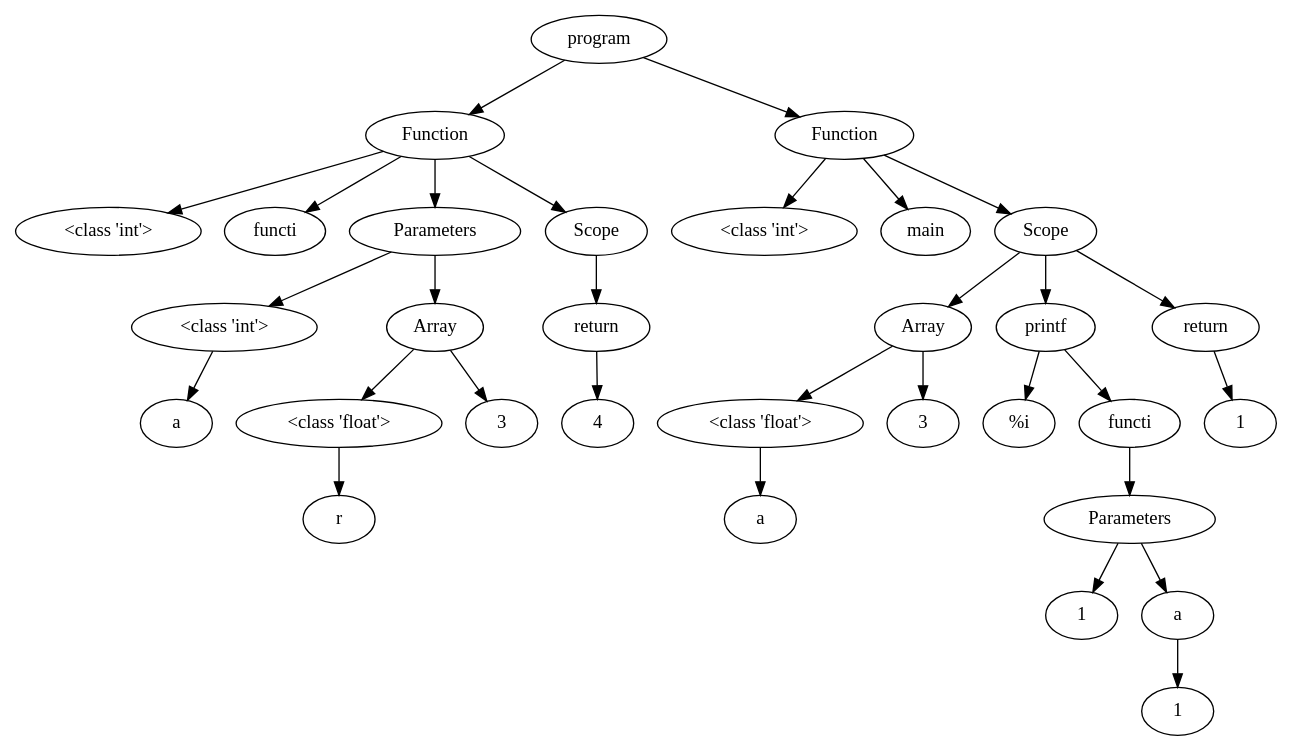
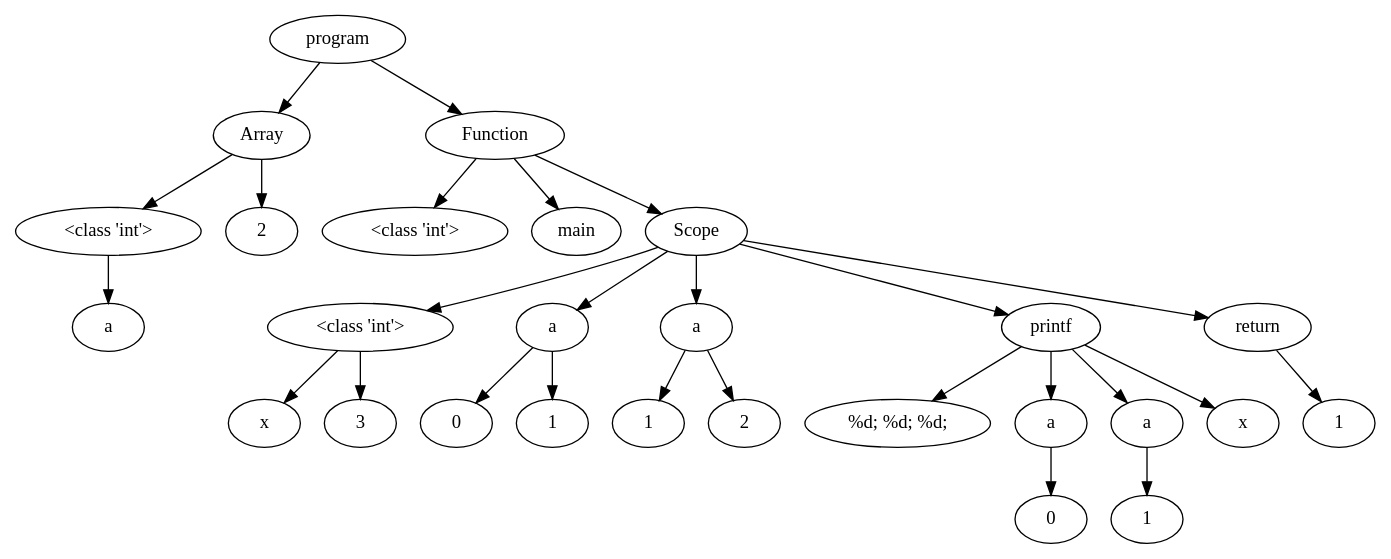
One commit to NielsVandenBroeck/COMP_Compiler changed the diagram in OutputFiles/dotVisualization.dot. Above: the diagram before and after it, drawn with Graphviz. The commit also changed 11 other files, not shown here.

```diff
--- a/OutputFiles/dotVisualization.dot
+++ b/OutputFiles/dotVisualization.dot
@@ -1,79 +1,66 @@
 digraph G { 
-"<AST.AST object at 0x00000201C4A965B0> (0)"[label="program"]
-"<AST.ASTFunction object at 0x00000201C4A96280> (1)"[label="Function"]
-"<AST.AST object at 0x00000201C4A965B0> (0)"->"<AST.ASTFunction object at 0x00000201C4A96280> (1)"
-"<AST.ASTFunction object at 0x00000201C4A96280> (1)"[label="Function"]
-"<AST.ASTDataType object at 0x00000201C4A96610> (2)"[label="<class 'int'>"]
-"<AST.ASTFunction object at 0x00000201C4A96280> (1)"->"<AST.ASTDataType object at 0x00000201C4A96610> (2)"
-"<AST.ASTFunctionName object at 0x00000201C4A964C0> (2)"[label="functi"]
-"<AST.ASTFunction object at 0x00000201C4A96280> (1)"->"<AST.ASTFunctionName object at 0x00000201C4A964C0> (2)"
-"<AST.ASTParameters object at 0x00000201C4A96400> (2)"[label="Parameters"]
-"<AST.ASTFunction object at 0x00000201C4A96280> (1)"->"<AST.ASTParameters object at 0x00000201C4A96400> (2)"
-"<AST.ASTParameters object at 0x00000201C4A96400> (2)"[label="Parameters"]
-"<AST.ASTDataType object at 0x00000201C4A96790> (3)"[label="<class 'int'>"]
-"<AST.ASTParameters object at 0x00000201C4A96400> (2)"->"<AST.ASTDataType object at 0x00000201C4A96790> (3)"
-"<AST.ASTDataType object at 0x00000201C4A96790> (3)"[label="<class 'int'>"]
-"<AST.ASTVariable object at 0x00000201C4A963D0> (4)"[label="a"]
-"<AST.ASTDataType object at 0x00000201C4A96790> (3)"->"<AST.ASTVariable object at 0x00000201C4A963D0> (4)"
-"<AST.ASTArray object at 0x00000201C4A96250> (3)"[label="Array"]
-"<AST.ASTParameters object at 0x00000201C4A96400> (2)"->"<AST.ASTArray object at 0x00000201C4A96250> (3)"
-"<AST.ASTArray object at 0x00000201C4A96250> (3)"[label="Array"]
-"<AST.ASTDataType object at 0x00000201C4A96070> (4)"[label="<class 'float'>"]
-"<AST.ASTArray object at 0x00000201C4A96250> (3)"->"<AST.ASTDataType object at 0x00000201C4A96070> (4)"
-"<AST.ASTDataType object at 0x00000201C4A96070> (4)"[label="<class 'float'>"]
-"<AST.ASTVariable object at 0x00000201C4A96340> (5)"[label="r"]
-"<AST.ASTDataType object at 0x00000201C4A96070> (4)"->"<AST.ASTVariable object at 0x00000201C4A96340> (5)"
-"<AST.ASTArrayLength object at 0x00000201C4A967F0> (4)"[label="3"]
-"<AST.ASTArray object at 0x00000201C4A96250> (3)"->"<AST.ASTArrayLength object at 0x00000201C4A967F0> (4)"
-"<AST.ASTScope object at 0x00000201C4A96430> (2)"[label="Scope"]
-"<AST.ASTFunction object at 0x00000201C4A96280> (1)"->"<AST.ASTScope object at 0x00000201C4A96430> (2)"
-"<AST.ASTScope object at 0x00000201C4A96430> (2)"[label="Scope"]
-"<AST.ASTReturn object at 0x00000201C4A968B0> (3)"[label="return"]
-"<AST.ASTScope object at 0x00000201C4A96430> (2)"->"<AST.ASTReturn object at 0x00000201C4A968B0> (3)"
-"<AST.ASTReturn object at 0x00000201C4A968B0> (3)"[label="return"]
-"<AST.ASTInt object at 0x00000201C4A96910> (4)"[label="4"]
-"<AST.ASTReturn object at 0x00000201C4A968B0> (3)"->"<AST.ASTInt object at 0x00000201C4A96910> (4)"
-"<AST.ASTFunction object at 0x00000201C4A96850> (1)"[label="Function"]
-"<AST.AST object at 0x00000201C4A965B0> (0)"->"<AST.ASTFunction object at 0x00000201C4A96850> (1)"
-"<AST.ASTFunction object at 0x00000201C4A96850> (1)"[label="Function"]
-"<AST.ASTDataType object at 0x00000201C4A969A0> (2)"[label="<class 'int'>"]
-"<AST.ASTFunction object at 0x00000201C4A96850> (1)"->"<AST.ASTDataType object at 0x00000201C4A969A0> (2)"
-"<AST.ASTFunctionName object at 0x00000201C4A96A30> (2)"[label="main"]
-"<AST.ASTFunction object at 0x00000201C4A96850> (1)"->"<AST.ASTFunctionName object at 0x00000201C4A96A30> (2)"
-"<AST.ASTScope object at 0x00000201C4A96AC0> (2)"[label="Scope"]
-"<AST.ASTFunction object at 0x00000201C4A96850> (1)"->"<AST.ASTScope object at 0x00000201C4A96AC0> (2)"
-"<AST.ASTScope object at 0x00000201C4A96AC0> (2)"[label="Scope"]
-"<AST.ASTArray object at 0x00000201C4A96BE0> (3)"[label="Array"]
-"<AST.ASTScope object at 0x00000201C4A96AC0> (2)"->"<AST.ASTArray object at 0x00000201C4A96BE0> (3)"
-"<AST.ASTArray object at 0x00000201C4A96BE0> (3)"[label="Array"]
-"<AST.ASTDataType object at 0x00000201C4A96C10> (4)"[label="<class 'float'>"]
-"<AST.ASTArray object at 0x00000201C4A96BE0> (3)"->"<AST.ASTDataType object at 0x00000201C4A96C10> (4)"
-"<AST.ASTDataType object at 0x00000201C4A96C10> (4)"[label="<class 'float'>"]
-"<AST.ASTVariable object at 0x00000201C4A96B20> (5)"[label="a"]
-"<AST.ASTDataType object at 0x00000201C4A96C10> (4)"->"<AST.ASTVariable object at 0x00000201C4A96B20> (5)"
-"<AST.ASTArrayLength object at 0x00000201C4A96CA0> (4)"[label="3"]
-"<AST.ASTArray object at 0x00000201C4A96BE0> (3)"->"<AST.ASTArrayLength object at 0x00000201C4A96CA0> (4)"
-"<AST.ASTPrintf object at 0x00000201C4A96CD0> (3)"[label="printf"]
-"<AST.ASTScope object at 0x00000201C4A96AC0> (2)"->"<AST.ASTPrintf object at 0x00000201C4A96CD0> (3)"
-"<AST.ASTPrintf object at 0x00000201C4A96CD0> (3)"[label="printf"]
-"<AST.ASTText object at 0x00000201C4A96D30> (4)"[label="%i"]
-"<AST.ASTPrintf object at 0x00000201C4A96CD0> (3)"->"<AST.ASTText object at 0x00000201C4A96D30> (4)"
-"<AST.ASTFunctionName object at 0x00000201C4A96DC0> (4)"[label="functi"]
-"<AST.ASTPrintf object at 0x00000201C4A96CD0> (3)"->"<AST.ASTFunctionName object at 0x00000201C4A96DC0> (4)"
-"<AST.ASTFunctionName object at 0x00000201C4A96DC0> (4)"[label="functi"]
-"<AST.ASTParameters object at 0x00000201C4A96E50> (5)"[label="Parameters"]
-"<AST.ASTFunctionName object at 0x00000201C4A96DC0> (4)"->"<AST.ASTParameters object at 0x00000201C4A96E50> (5)"
-"<AST.ASTParameters object at 0x00000201C4A96E50> (5)"[label="Parameters"]
-"<AST.ASTInt object at 0x00000201C4A96B80> (6)"[label="1"]
-"<AST.ASTParameters object at 0x00000201C4A96E50> (5)"->"<AST.ASTInt object at 0x00000201C4A96B80> (6)"
-"<AST.ASTVariable object at 0x00000201C4A96460> (6)"[label="a"]
-"<AST.ASTParameters object at 0x00000201C4A96E50> (5)"->"<AST.ASTVariable object at 0x00000201C4A96460> (6)"
-"<AST.ASTVariable object at 0x00000201C4A96460> (6)"[label="a"]
-"<AST.ASTArrayIndex object at 0x00000201C4A960D0> (7)"[label="1"]
-"<AST.ASTVariable object at 0x00000201C4A96460> (6)"->"<AST.ASTArrayIndex object at 0x00000201C4A960D0> (7)"
-"<AST.ASTReturn object at 0x00000201C4A96D90> (3)"[label="return"]
-"<AST.ASTScope object at 0x00000201C4A96AC0> (2)"->"<AST.ASTReturn object at 0x00000201C4A96D90> (3)"
-"<AST.ASTReturn object at 0x00000201C4A96D90> (3)"[label="return"]
-"<AST.ASTInt object at 0x00000201C4A96F10> (4)"[label="1"]
-"<AST.ASTReturn object at 0x00000201C4A96D90> (3)"->"<AST.ASTInt object at 0x00000201C4A96F10> (4)"
+"<AST.AST object at 0x000002355EF6F9D0> (0)"[label="program"]
+"<AST.ASTArray object at 0x000002355EF6FB20> (1)"[label="Array"]
+"<AST.AST object at 0x000002355EF6F9D0> (0)"->"<AST.ASTArray object at 0x000002355EF6FB20> (1)"
+"<AST.ASTArray object at 0x000002355EF6FB20> (1)"[label="Array"]
+"<AST.ASTDataType object at 0x000002355EF6F1F0> (2)"[label="<class 'int'>"]
+"<AST.ASTArray object at 0x000002355EF6FB20> (1)"->"<AST.ASTDataType object at 0x000002355EF6F1F0> (2)"
+"<AST.ASTDataType object at 0x000002355EF6F1F0> (2)"[label="<class 'int'>"]
+"<AST.ASTVariable object at 0x000002355EF6FAC0> (3)"[label="a"]
+"<AST.ASTDataType object at 0x000002355EF6F1F0> (2)"->"<AST.ASTVariable object at 0x000002355EF6FAC0> (3)"
+"<AST.ASTArrayLength object at 0x000002355EF6F4F0> (2)"[label="2"]
+"<AST.ASTArray object at 0x000002355EF6FB20> (1)"->"<AST.ASTArrayLength object at 0x000002355EF6F4F0> (2)"
+"<AST.ASTFunction object at 0x000002355EF83A60> (1)"[label="Function"]
+"<AST.AST object at 0x000002355EF6F9D0> (0)"->"<AST.ASTFunction object at 0x000002355EF83A60> (1)"
+"<AST.ASTFunction object at 0x000002355EF83A60> (1)"[label="Function"]
+"<AST.ASTDataType object at 0x000002355EF83C70> (2)"[label="<class 'int'>"]
+"<AST.ASTFunction object at 0x000002355EF83A60> (1)"->"<AST.ASTDataType object at 0x000002355EF83C70> (2)"
+"<AST.ASTFunctionName object at 0x000002355EF83130> (2)"[label="main"]
+"<AST.ASTFunction object at 0x000002355EF83A60> (1)"->"<AST.ASTFunctionName object at 0x000002355EF83130> (2)"
+"<AST.ASTScope object at 0x000002355EF83490> (2)"[label="Scope"]
+"<AST.ASTFunction object at 0x000002355EF83A60> (1)"->"<AST.ASTScope object at 0x000002355EF83490> (2)"
+"<AST.ASTScope object at 0x000002355EF83490> (2)"[label="Scope"]
+"<AST.ASTDataType object at 0x000002355EF83DF0> (3)"[label="<class 'int'>"]
+"<AST.ASTScope object at 0x000002355EF83490> (2)"->"<AST.ASTDataType object at 0x000002355EF83DF0> (3)"
+"<AST.ASTDataType object at 0x000002355EF83DF0> (3)"[label="<class 'int'>"]
+"<AST.ASTVariable object at 0x000002355EF83C10> (4)"[label="x"]
+"<AST.ASTDataType object at 0x000002355EF83DF0> (3)"->"<AST.ASTVariable object at 0x000002355EF83C10> (4)"
+"<AST.ASTInt object at 0x000002355EF83EE0> (4)"[label="3"]
+"<AST.ASTDataType object at 0x000002355EF83DF0> (3)"->"<AST.ASTInt object at 0x000002355EF83EE0> (4)"
+"<AST.ASTVariable object at 0x000002355EF83610> (3)"[label="a"]
+"<AST.ASTScope object at 0x000002355EF83490> (2)"->"<AST.ASTVariable object at 0x000002355EF83610> (3)"
+"<AST.ASTVariable object at 0x000002355EF83610> (3)"[label="a"]
+"<AST.ASTArrayIndex object at 0x000002355EF831C0> (4)"[label="0"]
+"<AST.ASTVariable object at 0x000002355EF83610> (3)"->"<AST.ASTArrayIndex object at 0x000002355EF831C0> (4)"
+"<AST.ASTInt object at 0x000002355EF83370> (4)"[label="1"]
+"<AST.ASTVariable object at 0x000002355EF83610> (3)"->"<AST.ASTInt object at 0x000002355EF83370> (4)"
+"<AST.ASTVariable object at 0x000002355EF83B20> (3)"[label="a"]
+"<AST.ASTScope object at 0x000002355EF83490> (2)"->"<AST.ASTVariable object at 0x000002355EF83B20> (3)"
+"<AST.ASTVariable object at 0x000002355EF83B20> (3)"[label="a"]
+"<AST.ASTArrayIndex object at 0x000002355EF83F70> (4)"[label="1"]
+"<AST.ASTVariable object at 0x000002355EF83B20> (3)"->"<AST.ASTArrayIndex object at 0x000002355EF83F70> (4)"
+"<AST.ASTInt object at 0x000002355EF731C0> (4)"[label="2"]
+"<AST.ASTVariable object at 0x000002355EF83B20> (3)"->"<AST.ASTInt object at 0x000002355EF731C0> (4)"
+"<AST.ASTPrintf object at 0x000002355EF73520> (3)"[label="printf"]
+"<AST.ASTScope object at 0x000002355EF83490> (2)"->"<AST.ASTPrintf object at 0x000002355EF73520> (3)"
+"<AST.ASTPrintf object at 0x000002355EF73520> (3)"[label="printf"]
+"<AST.ASTText object at 0x000002355EF733A0> (4)"[label="%d; %d; %d;"]
+"<AST.ASTPrintf object at 0x000002355EF73520> (3)"->"<AST.ASTText object at 0x000002355EF733A0> (4)"
+"<AST.ASTVariable object at 0x000002355EF732E0> (4)"[label="a"]
+"<AST.ASTPrintf object at 0x000002355EF73520> (3)"->"<AST.ASTVariable object at 0x000002355EF732E0> (4)"
+"<AST.ASTVariable object at 0x000002355EF732E0> (4)"[label="a"]
+"<AST.ASTArrayIndex object at 0x000002355EF73910> (5)"[label="0"]
+"<AST.ASTVariable object at 0x000002355EF732E0> (4)"->"<AST.ASTArrayIndex object at 0x000002355EF73910> (5)"
+"<AST.ASTVariable object at 0x000002355EF731F0> (4)"[label="a"]
+"<AST.ASTPrintf object at 0x000002355EF73520> (3)"->"<AST.ASTVariable object at 0x000002355EF731F0> (4)"
+"<AST.ASTVariable object at 0x000002355EF731F0> (4)"[label="a"]
+"<AST.ASTArrayIndex object at 0x000002355EF73DF0> (5)"[label="1"]
+"<AST.ASTVariable object at 0x000002355EF731F0> (4)"->"<AST.ASTArrayIndex object at 0x000002355EF73DF0> (5)"
+"<AST.ASTVariable object at 0x000002355EF73F70> (4)"[label="x"]
+"<AST.ASTPrintf object at 0x000002355EF73520> (3)"->"<AST.ASTVariable object at 0x000002355EF73F70> (4)"
+"<AST.ASTReturn object at 0x000002355EF73D00> (3)"[label="return"]
+"<AST.ASTScope object at 0x000002355EF83490> (2)"->"<AST.ASTReturn object at 0x000002355EF73D00> (3)"
+"<AST.ASTReturn object at 0x000002355EF73D00> (3)"[label="return"]
+"<AST.ASTInt object at 0x000002355EF73220> (4)"[label="1"]
+"<AST.ASTReturn object at 0x000002355EF73D00> (3)"->"<AST.ASTInt object at 0x000002355EF73220> (4)"
 }
```
